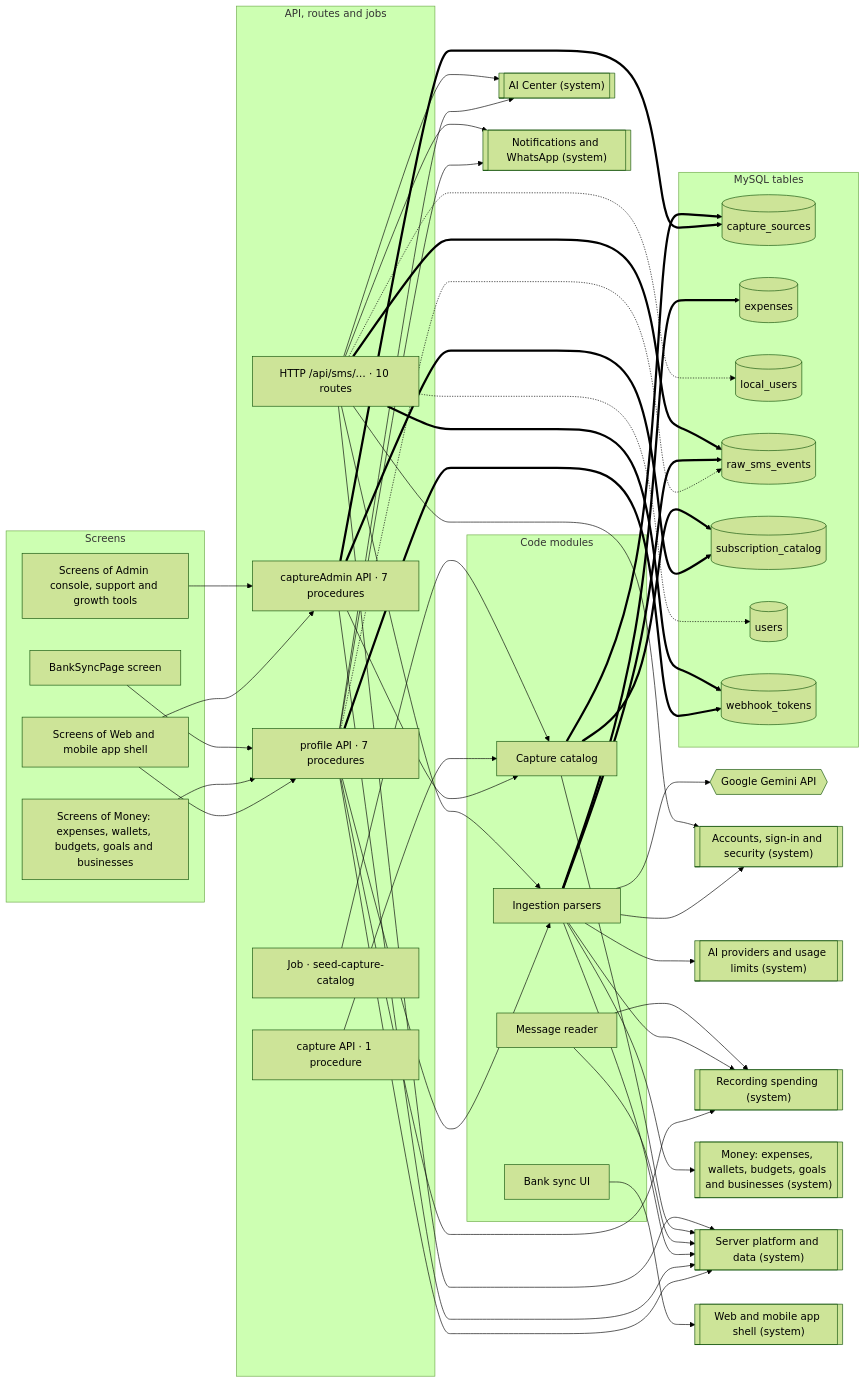
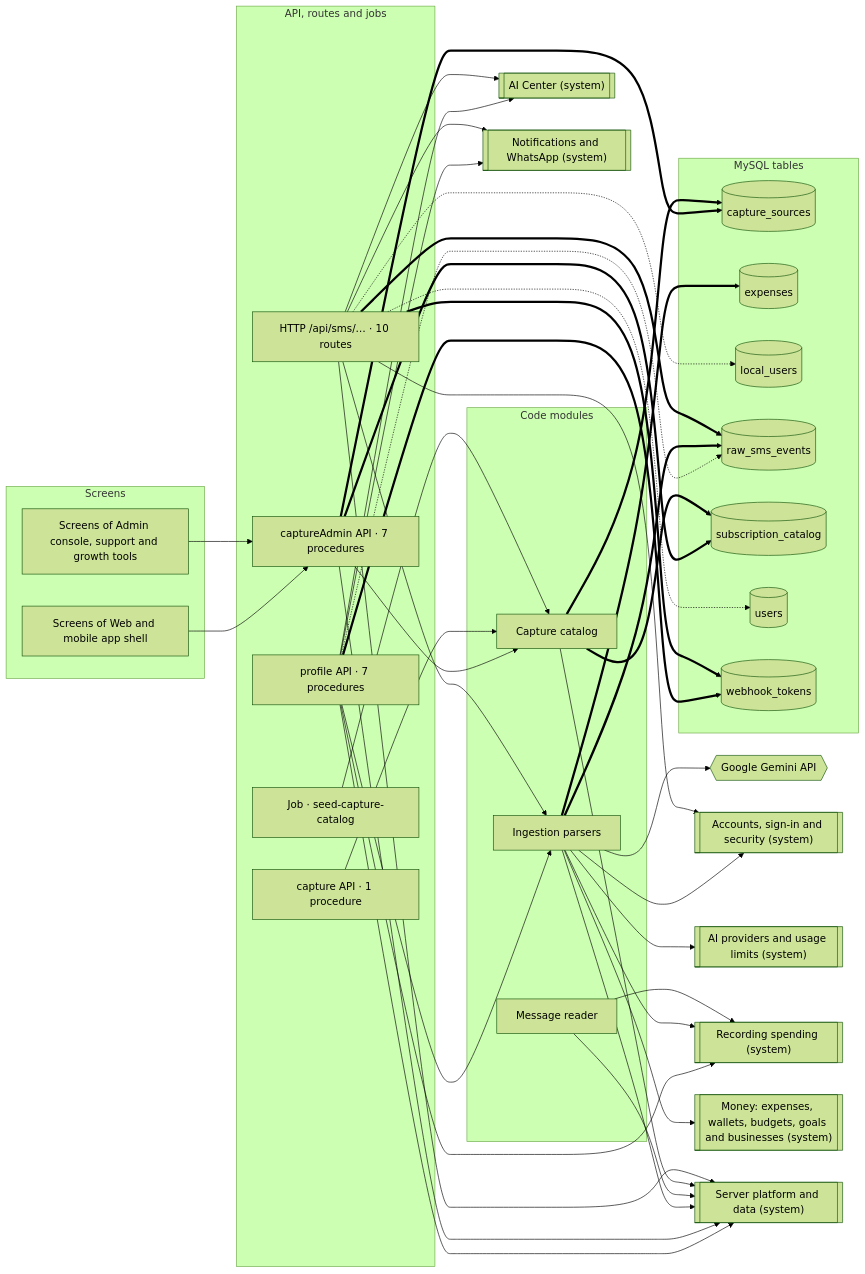
One commit to mahmoudtaherr111/smartspend_mini_all changed the first of 2 diagrams in docs/atlas/systems/bank-messages.md. Above: the diagram before and after it, drawn with Mermaid (forest theme). The commit also changed other lines of this file and 62 other files, not shown here.

First line of the commit message:
refactor(web): remove the old bank-sync screens

````diff
--- a/docs/atlas/systems/bank-messages.md
+++ b/docs/atlas/systems/bank-messages.md
@@ -13,81 +13,73 @@
 ```mermaid
 flowchart LR
   subgraph g_screens["Screens"]
-    page_BankSyncPage["BankSyncPage screen"]
     screens_admin["Screens of Admin console, support and growth tools"]
-    screens_money["Screens of Money: expenses, wallets, budgets, goals and businesses"]
     screens_web_app["Screens of Web and mobile app shell"]
   end
   subgraph g_api["API, routes and jobs"]
     http__api_sms["HTTP /api/sms/… · 10 routes"]
     job_seed_capture_catalog["Job · seed-capture-catalog"]
     router_captureAdmin["captureAdmin API · 7 procedures"]
     router_capture["capture API · 1 procedure"]
     router_profile["profile API · 7 procedures"]
   end
   subgraph g_modules["Code modules"]
     mod_capture_catalog["Capture catalog"]
     mod_capture_reader["Message reader"]
     mod_ingestion_parsers["Ingestion parsers"]
-    mod_web_bank_sync["Bank sync UI"]
   end
   subgraph g_tables["MySQL tables"]
     tbl_capture_sources[("capture_sources")]
     tbl_expenses[("expenses")]
     tbl_local_users[("local_users")]
     tbl_raw_sms_events[("raw_sms_events")]
     tbl_subscription_catalog[("subscription_catalog")]
     tbl_users[("users")]
     tbl_webhook_tokens[("webhook_tokens")]
   end
   ext_gemini{{"Google Gemini API"}}
   sys_accounts[["Accounts, sign-in and security (system)"]]
   sys_ai_center[["AI Center (system)"]]
   sys_ai_platform[["AI providers and usage limits (system)"]]
   sys_expense_capture[["Recording spending (system)"]]
   sys_money[["Money: expenses, wallets, budgets, goals and businesses (system)"]]
   sys_notifications[["Notifications and WhatsApp (system)"]]
   sys_platform[["Server platform and data (system)"]]
-  sys_web_app[["Web and mobile app shell (system)"]]
   http__api_sms --> mod_ingestion_parsers
   http__api_sms --> sys_accounts
   http__api_sms --> sys_ai_center
   http__api_sms --> sys_notifications
   http__api_sms --> sys_platform
   http__api_sms -.-> tbl_local_users
   http__api_sms -.-> tbl_users
   http__api_sms ==> tbl_raw_sms_events
   http__api_sms ==> tbl_webhook_tokens
   job_seed_capture_catalog --> mod_capture_catalog
   mod_capture_catalog --> sys_platform
   mod_capture_catalog ==> tbl_capture_sources
   mod_capture_catalog ==> tbl_subscription_catalog
   mod_capture_reader --> sys_expense_capture
   mod_capture_reader --> sys_platform
   mod_ingestion_parsers --> ext_gemini
   mod_ingestion_parsers --> sys_accounts
   mod_ingestion_parsers --> sys_ai_platform
   mod_ingestion_parsers --> sys_expense_capture
   mod_ingestion_parsers --> sys_money
   mod_ingestion_parsers --> sys_platform
   mod_ingestion_parsers ==> tbl_expenses
   mod_ingestion_parsers ==> tbl_raw_sms_events
-  mod_web_bank_sync --> sys_web_app
-  page_BankSyncPage --> router_profile
   router_capture --> mod_capture_catalog
   router_captureAdmin --> mod_capture_catalog
   router_captureAdmin --> sys_platform
   router_captureAdmin ==> tbl_capture_sources
   router_captureAdmin ==> tbl_subscription_catalog
   router_profile --> mod_ingestion_parsers
   router_profile --> sys_ai_center
   router_profile --> sys_expense_capture
   router_profile --> sys_notifications
   router_profile --> sys_platform
   router_profile -.-> tbl_raw_sms_events
   router_profile ==> tbl_webhook_tokens
   screens_admin --> router_captureAdmin
-  screens_money --> router_profile
   screens_web_app --> router_captureAdmin
-  screens_web_app --> router_profile
 ```
````
